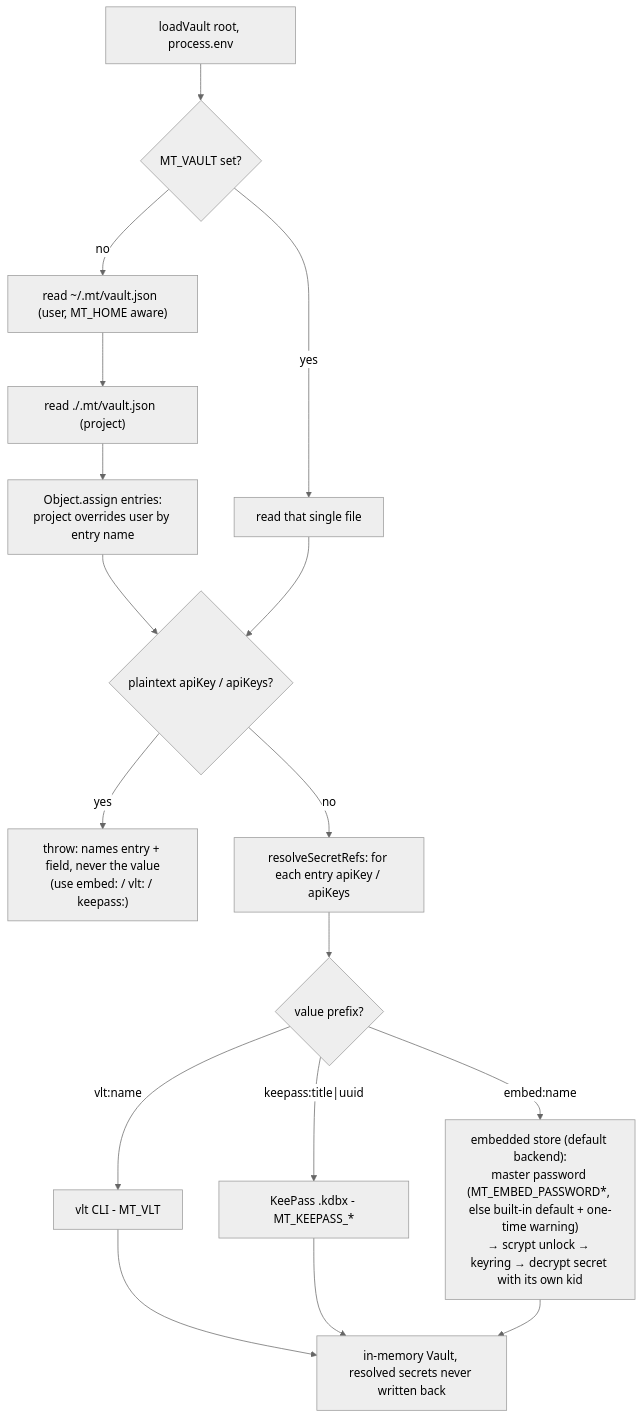
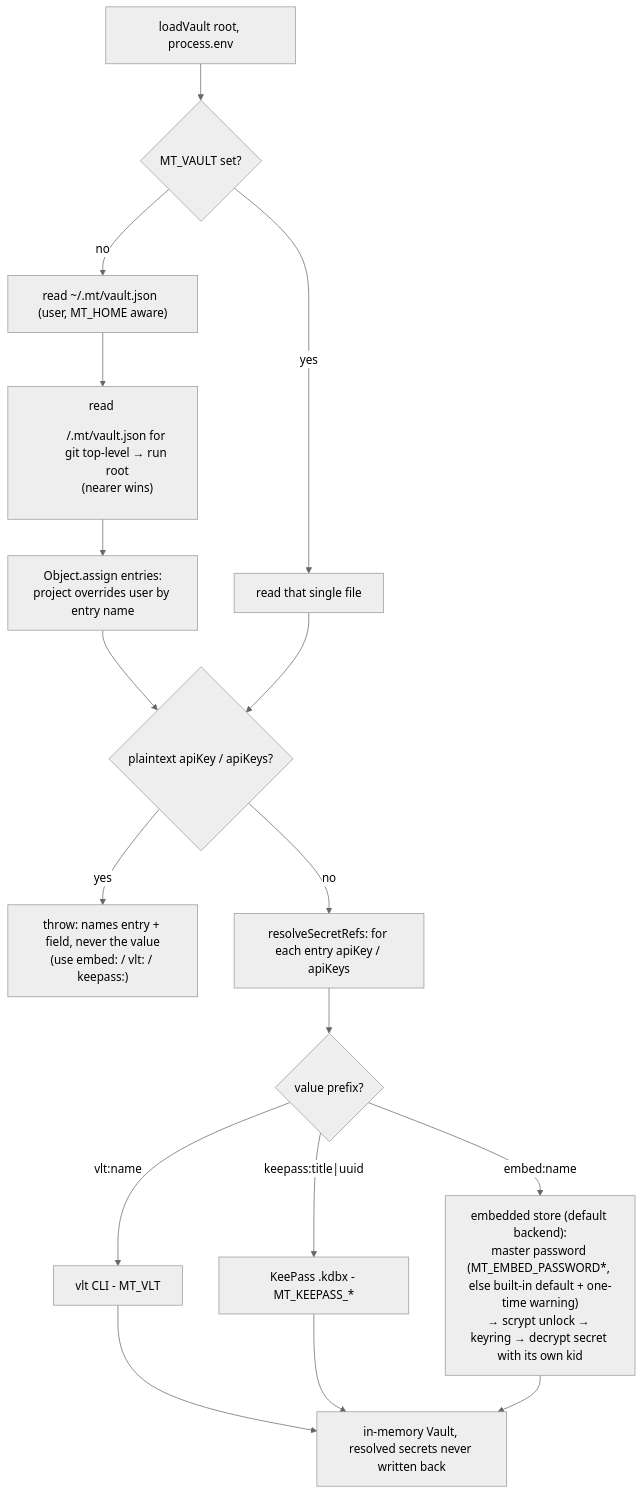
Before and after one commit to gleb619/machinum-pipeline: the second of 6 diagrams in docs/guiding/lifecycle.md, drawn with Mermaid (neutral theme). The commit also changed 8 other files, not shown here.

Commit message:
feat: mt run loses the project .mt/vault.json (project root = sample dir) (T234)

````diff
--- a/docs/guiding/lifecycle.md
+++ b/docs/guiding/lifecycle.md
@@ -168,17 +168,17 @@
 ```mermaid
 flowchart TD
   S[loadVault root, process.env] --> P{MT_VAULT set?}
   P -- yes --> F1[read that single file]
   P -- no --> F2["read ~/.mt/vault.json  (user, MT_HOME aware)"]
-  F2 --> F3["read ./.mt/vault.json  (project)"]
+  F2 --> F3["read <dir>/.mt/vault.json for git top-level → run root<br/>(nearer wins)"]
   F3 --> M["Object.assign entries:<br/>project overrides user by entry name"]
   M --> C{"plaintext apiKey / apiKeys?"}
   F1 --> C
   C -- yes --> ERR["throw: names entry + field, never the value<br/>(use embed: / vlt: / keepass:)"]
   C -- no --> R[resolveSecretRefs: for each entry apiKey / apiKeys]
   R --> V{value prefix?}
   V -- "vlt:name" --> V1[vlt CLI - MT_VLT]
   V -- "keepass:title|uuid" --> V2[KeePass .kdbx - MT_KEEPASS_*]
   V -- "embed:name" --> V3["embedded store (default backend):<br/>master password (MT_EMBED_PASSWORD*, else built-in default + one-time warning)<br/>→ scrypt unlock → keyring → decrypt secret with its own kid"]
   V1 & V2 & V3 --> OUT[in-memory Vault, resolved secrets never written back]
 ```
````
